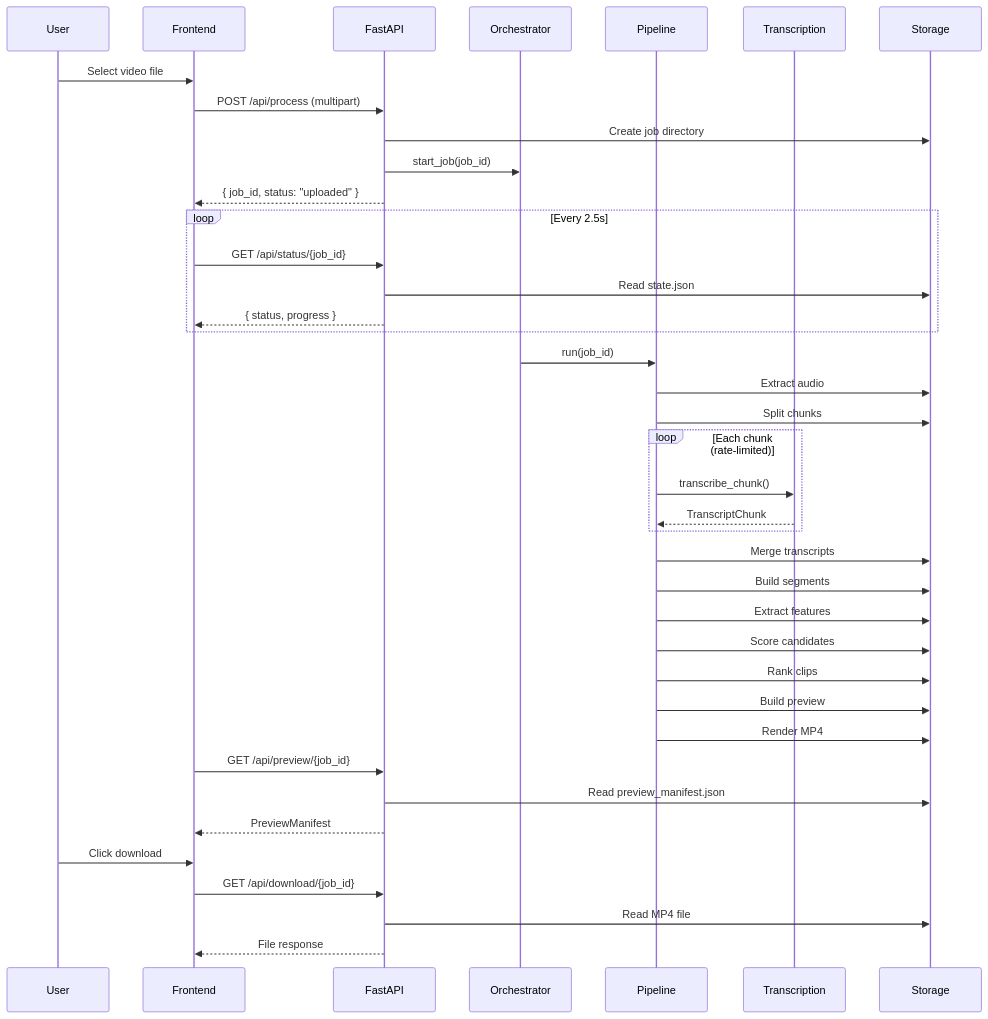
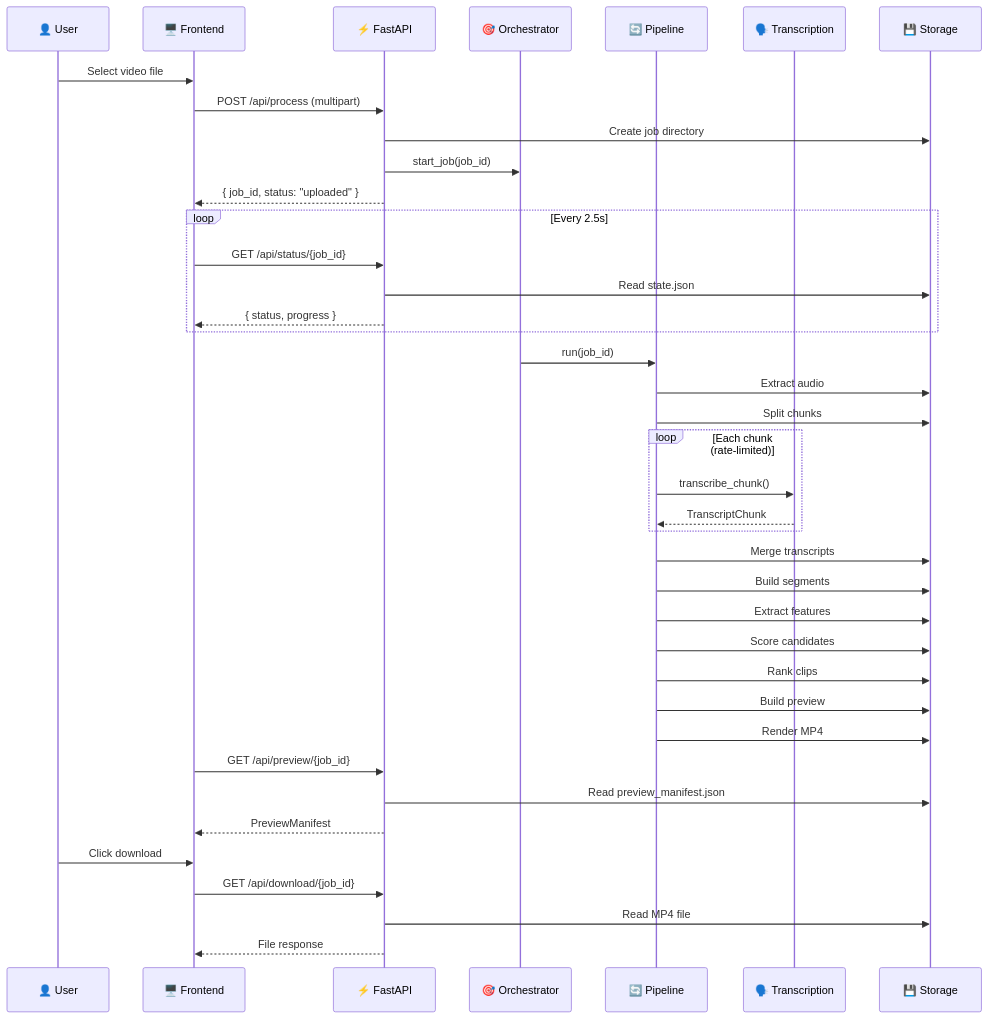
Before and after one commit to samm329-ui/Trimora_v2: the fourth of 7 diagrams in README.md, drawn with Mermaid. The commit also changed other lines of this file and 1 other file, not shown here.

Commit message:
docs: fix mermaid diagrams, add LICENSE file, add decorators and colorful styling to README

````diff
--- a/README.md
+++ b/README.md
@@ -510,48 +528,48 @@
 ```mermaid
 sequenceDiagram
-    participant U as User
-    participant F as Frontend
-    participant A as FastAPI
-    participant O as Orchestrator
-    participant P as Pipeline
-    participant T as Transcription
-    participant S as Storage
+    participant U as 👤 User
+    participant F as 🖥️ Frontend
+    participant A as ⚡ FastAPI
+    participant O as 🎯 Orchestrator
+    participant P as 🔄 Pipeline
+    participant T as 🗣️ Transcription
+    participant S as 💾 Storage
 
     U->>F: Select video file
     F->>A: POST /api/process (multipart)
     A->>S: Create job directory
     A->>O: start_job(job_id)
     A-->>F: { job_id, status: "uploaded" }
 
     loop Every 2.5s
         F->>A: GET /api/status/{job_id}
         A->>S: Read state.json
         A-->>F: { status, progress }
     end
 
     O->>P: run(job_id)
     P->>S: Extract audio
     P->>S: Split chunks
 
     loop Each chunk (rate-limited)
         P->>T: transcribe_chunk()
         T-->>P: TranscriptChunk
     end
 
     P->>S: Merge transcripts
     P->>S: Build segments
     P->>S: Extract features
     P->>S: Score candidates
     P->>S: Rank clips
     P->>S: Build preview
     P->>S: Render MP4
 
     F->>A: GET /api/preview/{job_id}
     A->>S: Read preview_manifest.json
     A-->>F: PreviewManifest
 
     U->>F: Click download
     F->>A: GET /api/download/{job_id}
     A->>S: Read MP4 file
     A-->>F: File response
 ```
````
